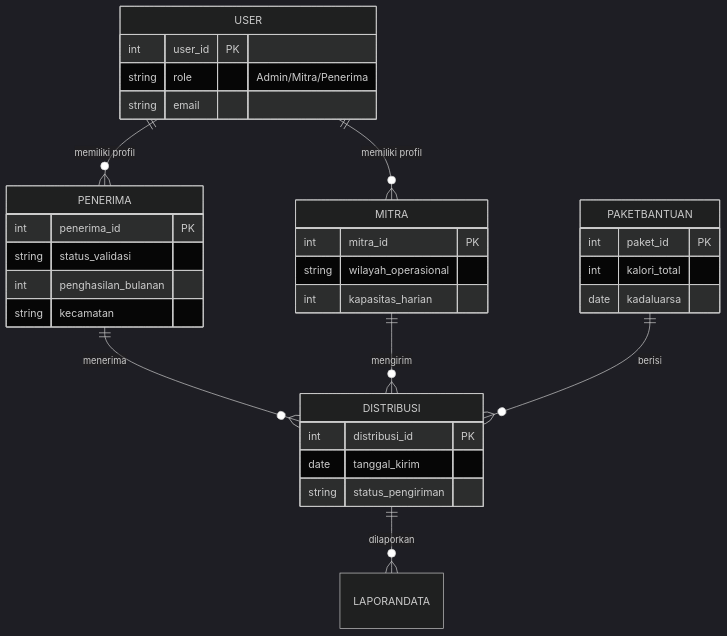
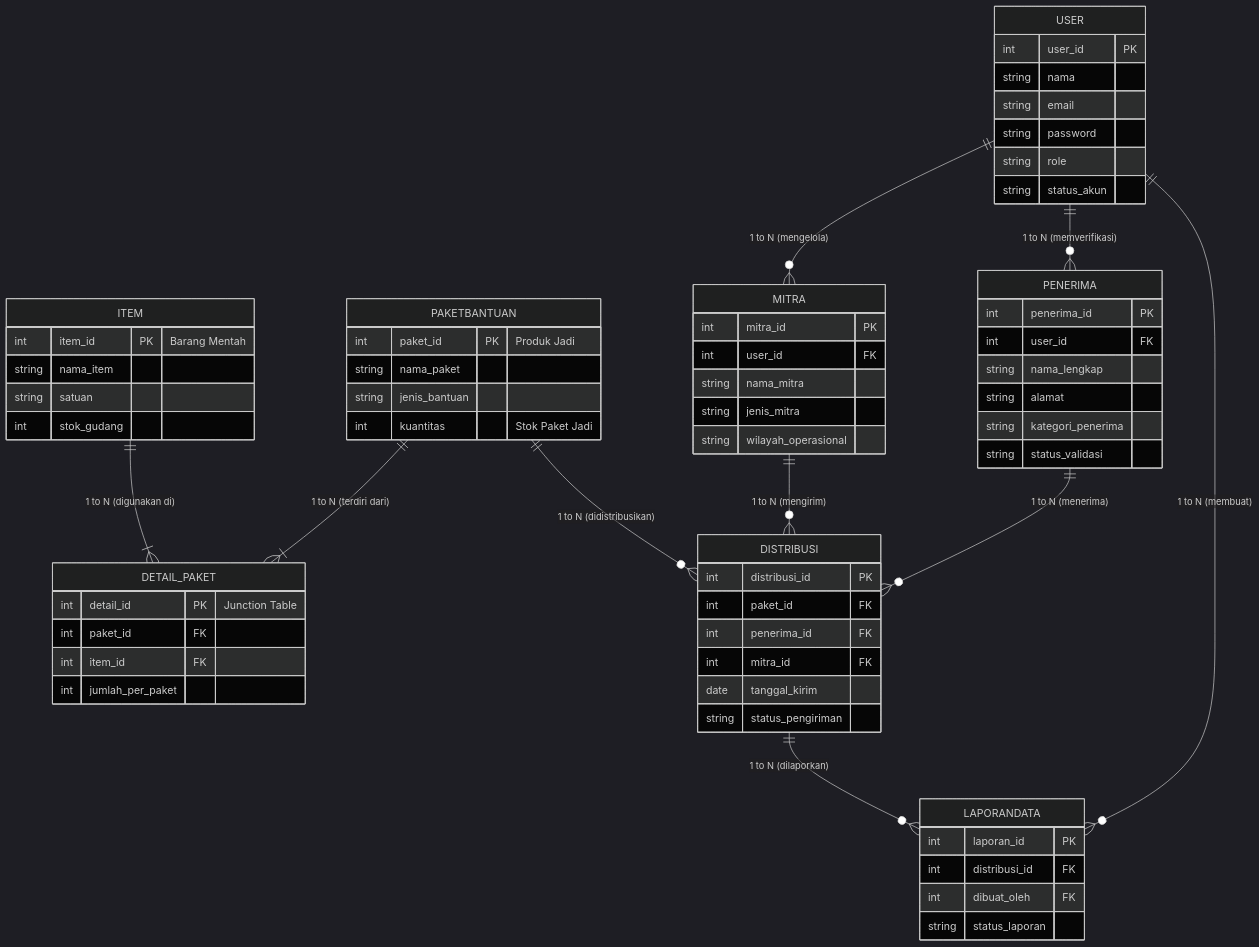
The diagram in README.md (zaghokun/MBG-database-project), drawn with Mermaid (dark theme) before and after one commit.

Commit message:
Revise ER diagram and add new data structures
Updated the entity relationship diagram and added new data structures for ITEM, PAKETBANTUAN, and DETAIL_PAKET.

````diff
--- a/README.md
+++ b/README.md
@@ -26,42 +26,86 @@
 ```mermaid
 erDiagram
-    USER ||--o{ PENERIMA : "memiliki profil"
-    USER ||--o{ MITRA : "memiliki profil"
-    
-    PENERIMA ||--o{ DISTRIBUSI : "menerima"
-    MITRA ||--o{ DISTRIBUSI : "mengirim"
-    PAKETBANTUAN ||--o{ DISTRIBUSI : "berisi"
-    
-    DISTRIBUSI ||--o{ LAPORANDATA : "dilaporkan"
-
+    %% --- DATA MASTER USER ---
     USER {
         int user_id PK
-        string role "Admin/Mitra/Penerima"
+        string nama
         string email
+        string password
+        string role
+        string status_akun
     }
-    
+
+    %% --- DATA MASTER PIHAK TERKAIT ---
     PENERIMA {
         int penerima_id PK
+        int user_id FK
+        string nama_lengkap
+        string alamat
+        string kategori_penerima
         string status_validasi
-        int penghasilan_bulanan
-        string kecamatan
     }
 
     MITRA {
         int mitra_id PK
+        int user_id FK
+        string nama_mitra
+        string jenis_mitra
         string wilayah_operasional
-        int kapasitas_harian
+    }
+
+    %% --- DATA INVENTORY & PRODUK ---
+    ITEM {
+        int item_id PK "Barang Mentah"
+        string nama_item
+        string satuan
+        int stok_gudang
     }
 
     PAKETBANTUAN {
-        int paket_id PK
-        int kalori_total
-        date kadaluarsa
+        int paket_id PK "Produk Jadi"
+        string nama_paket
+        string jenis_bantuan
+        int kuantitas "Stok Paket Jadi"
     }
 
+    DETAIL_PAKET {
+        int detail_id PK "Junction Table"
+        int paket_id FK
+        int item_id FK
+        int jumlah_per_paket
+    }
+
+    %% --- DATA TRANSAKSI ---
     DISTRIBUSI {
         int distribusi_id PK
+        int paket_id FK
+        int penerima_id FK
+        int mitra_id FK
         date tanggal_kirim
         string status_pengiriman
     }
+
+    LAPORANDATA {
+        int laporan_id PK
+        int distribusi_id FK
+        int dibuat_oleh FK
+        string status_laporan
+    }
+
+    %% --- RELASI 1 to MANY (1 User mengelola Banyak Data) ---
+    USER ||--o{ PENERIMA : "1 to N (memverifikasi)"
+    USER ||--o{ MITRA : "1 to N (mengelola)"
+    USER ||--o{ LAPORANDATA : "1 to N (membuat)"
+    
+    %% --- RELASI 1 to MANY (Transaksi Distribusi) ---
+    PENERIMA ||--o{ DISTRIBUSI : "1 to N (menerima)"
+    MITRA ||--o{ DISTRIBUSI : "1 to N (mengirim)"
+    PAKETBANTUAN ||--o{ DISTRIBUSI : "1 to N (didistribusikan)"
+    
+    %% --- RELASI 1 to MANY (Laporan) ---
+    DISTRIBUSI ||--o{ LAPORANDATA : "1 to N (dilaporkan)"
+
+    %% --- RELASI MANY to MANY (Dipecah via DETAIL_PAKET) ---
+    PAKETBANTUAN ||--|{ DETAIL_PAKET : "1 to N (terdiri dari)"
+    ITEM ||--|{ DETAIL_PAKET : "1 to N (digunakan di)"
 ```
````
